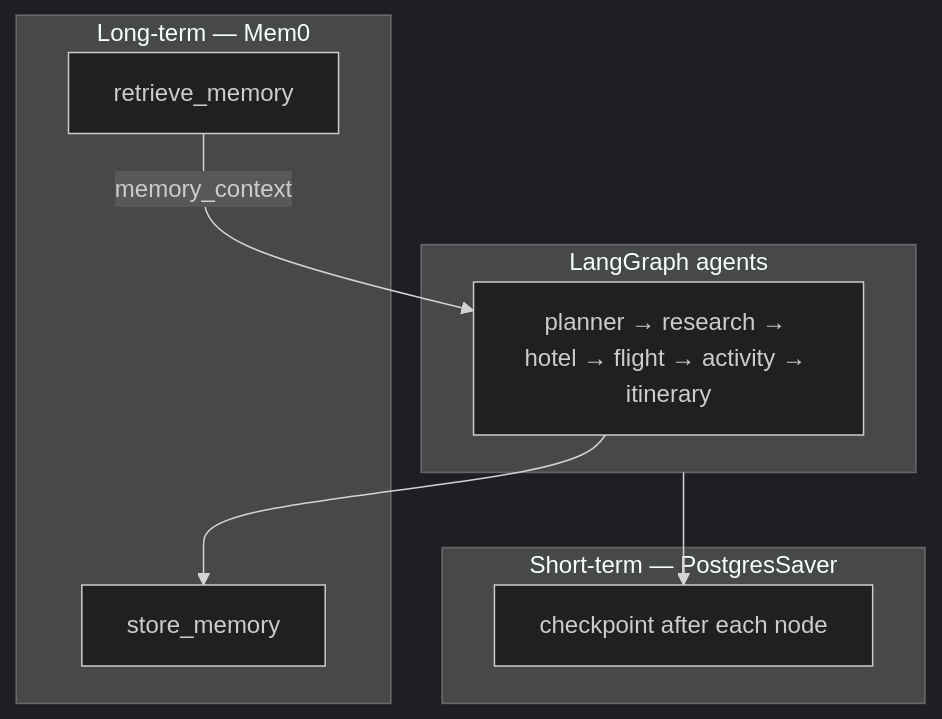
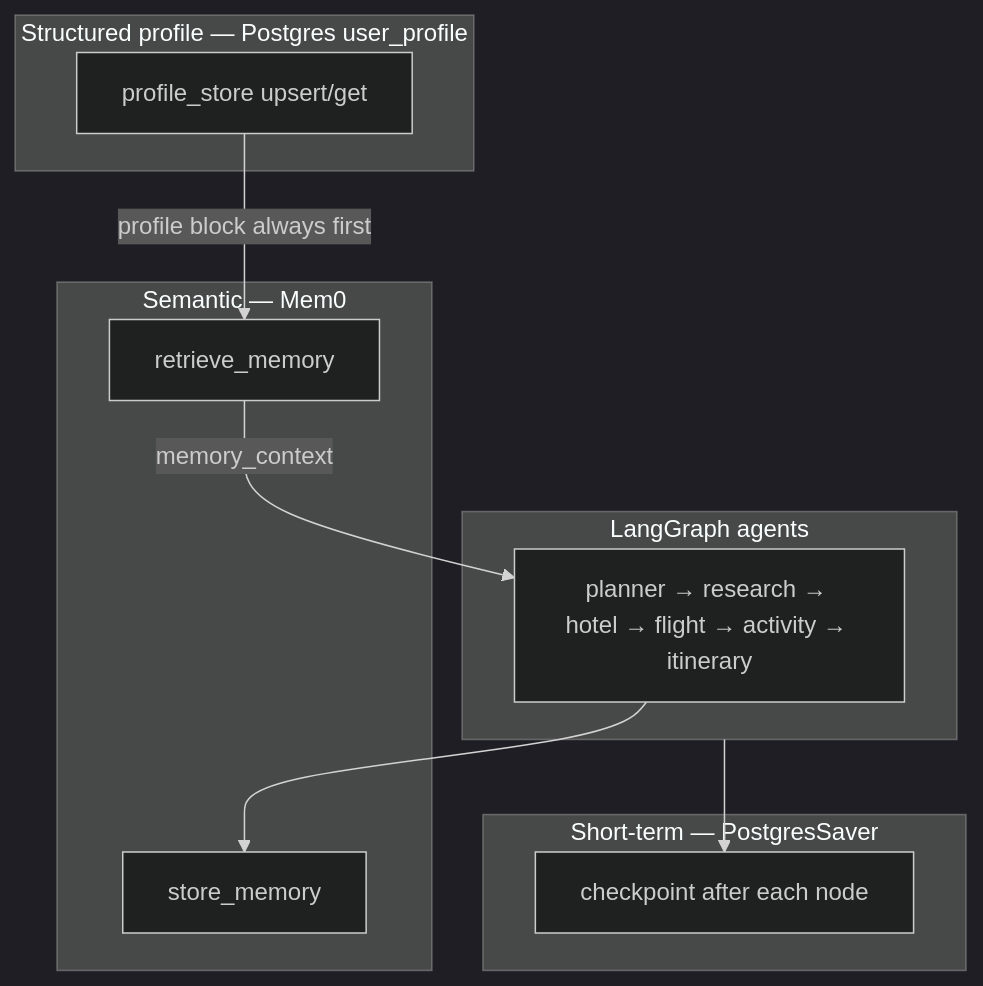
One commit to maniranjan2023/Northline changed the first of 4 diagrams in backend/memory/README.md. Above: the diagram before and after it, drawn with Mermaid (dark theme). The commit also changed other lines of this file and 17 other files, not shown here.

First line of the commit message:
Fix preference memory with Postgres profile store and memory-update UI feedback.

````diff
--- a/backend/memory/README.md
+++ b/backend/memory/README.md
@@ -39,19 +52,24 @@
 ```mermaid
 flowchart TB
-    subgraph LT["Long-term — Mem0"]
+    subgraph Profile["Structured profile — Postgres user_profile"]
+        PS[profile_store upsert/get]
+    end
+
+    subgraph LT["Semantic — Mem0"]
         RM[retrieve_memory]
         SM[store_memory]
     end
 
     subgraph Graph["LangGraph agents"]
         A[planner → research → hotel → flight → activity → itinerary]
     end
 
     subgraph ST["Short-term — PostgresSaver"]
         CP[checkpoint after each node]
     end
 
+    PS -->|profile block always first| RM
     RM -->|memory_context| A
     A --> SM
     Graph --> CP
 ```
````
